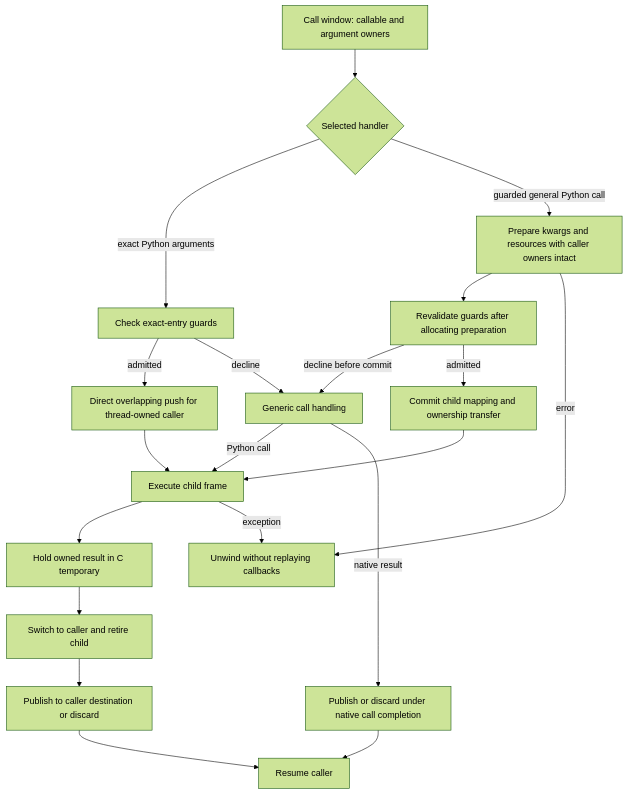
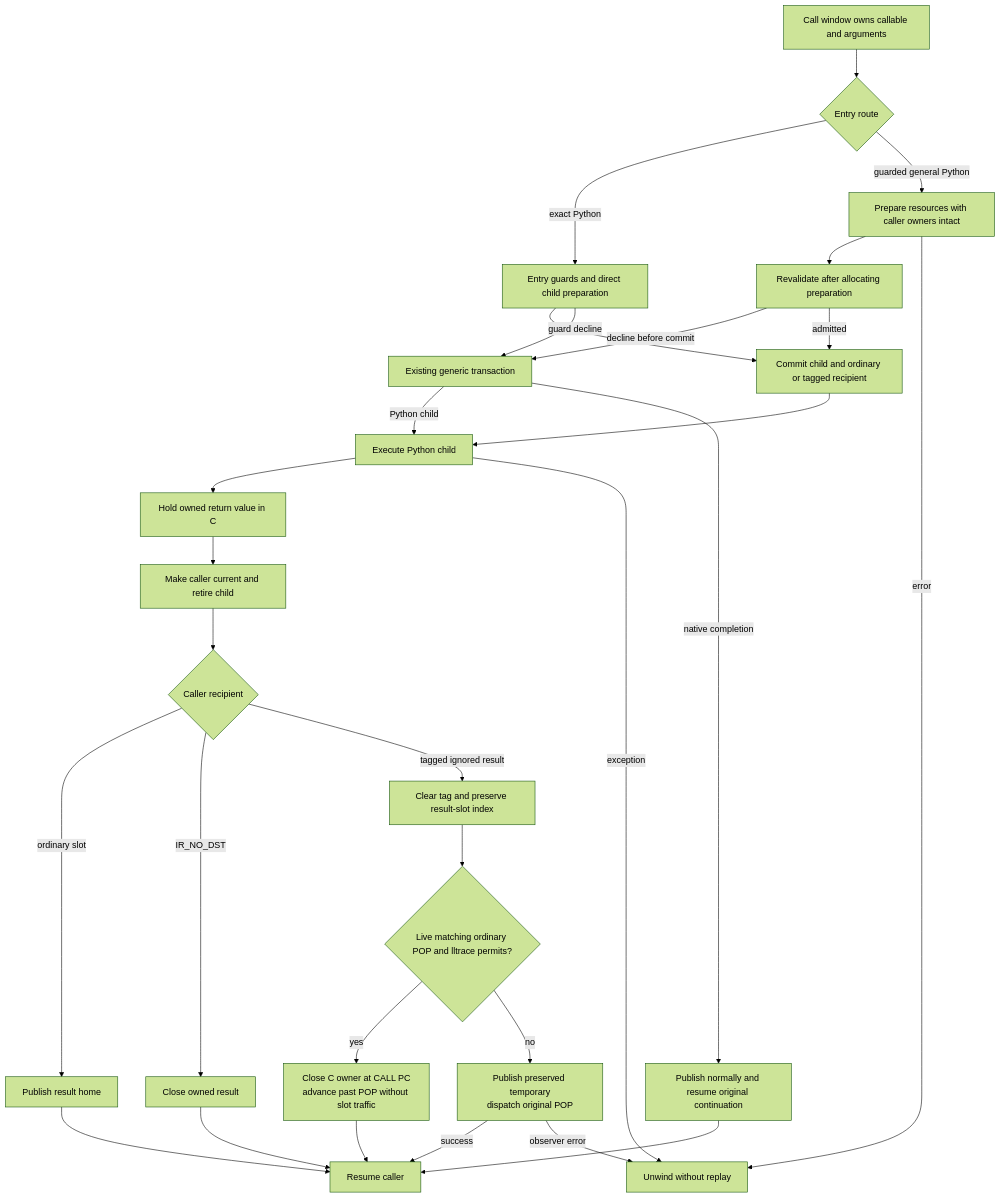
The second of 2 diagrams in pyjit/design/interpreter.md (rjpower/cpython), drawn with Mermaid (forest theme) before and after one commit. The commit also changed other lines of this file and 44 other files, not shown here.

````diff
--- a/pyjit/design/interpreter.md
+++ b/pyjit/design/interpreter.md
@@ -131,22 +179,31 @@
 ```mermaid
 flowchart TD
-    call[Call window: callable and argument owners] --> route{Selected handler}
-    route -->|exact Python arguments| exact[Check exact-entry guards]
-    exact -->|admitted| push[Direct overlapping push for thread-owned caller]
-    exact -->|decline| generic[Generic call handling]
-    route -->|guarded general Python call| prep[Prepare kwargs and resources with caller owners intact]
-    prep --> guards[Revalidate guards after allocating preparation]
-    guards -->|decline before commit| generic
-    guards -->|admitted| commit[Commit child mapping and ownership transfer]
-    push --> child[Execute child frame]
-    commit --> child
-    child --> result[Hold owned result in C temporary]
-    result --> retire[Switch to caller and retire child]
-    retire --> publish[Publish to caller destination or discard]
+    call[Call window owns callable and arguments] --> route{Entry route}
+    route -->|exact Python| exact[Entry guards and direct child preparation]
+    route -->|guarded general Python| prep[Prepare resources with caller owners intact]
+    prep --> guards[Revalidate after allocating preparation]
+    guards -->|decline before commit| generic[Existing generic transaction]
+    exact --> commit[Commit child and ordinary or tagged recipient]
+    guards -->|admitted| commit
+    exact -->|guard decline| generic
+    commit --> child[Execute Python child]
+    generic -->|Python child| child
+    generic -->|native completion| native[Publish normally and resume original continuation]
+    child --> result[Hold owned return value in C]
+    result --> retire[Make caller current and retire child]
+    retire --> recipient{Caller recipient}
+    recipient -->|ordinary slot| publish[Publish result home]
+    recipient -->|IR_NO_DST| close[Close owned result]
+    recipient -->|tagged ignored result| clear[Clear tag and preserve result-slot index]
+    clear --> live{Live matching ordinary POP and lltrace permits?}
+    live -->|yes| direct[Close C owner at CALL PC<br/>advance past POP without slot traffic]
+    live -->|no| fallback[Publish preserved temporary<br/>dispatch original POP]
     publish --> resume[Resume caller]
-    generic -->|Python call| child
-    generic -->|native result| native[Publish or discard under native call completion]
+    close --> resume
+    direct --> resume
+    fallback -->|success| resume
+    fallback -->|observer error| error
     native --> resume
-    prep -->|error| error[Unwind without replaying callbacks]
+    prep -->|error| error[Unwind without replay]
     child -->|exception| error
 ```
````
